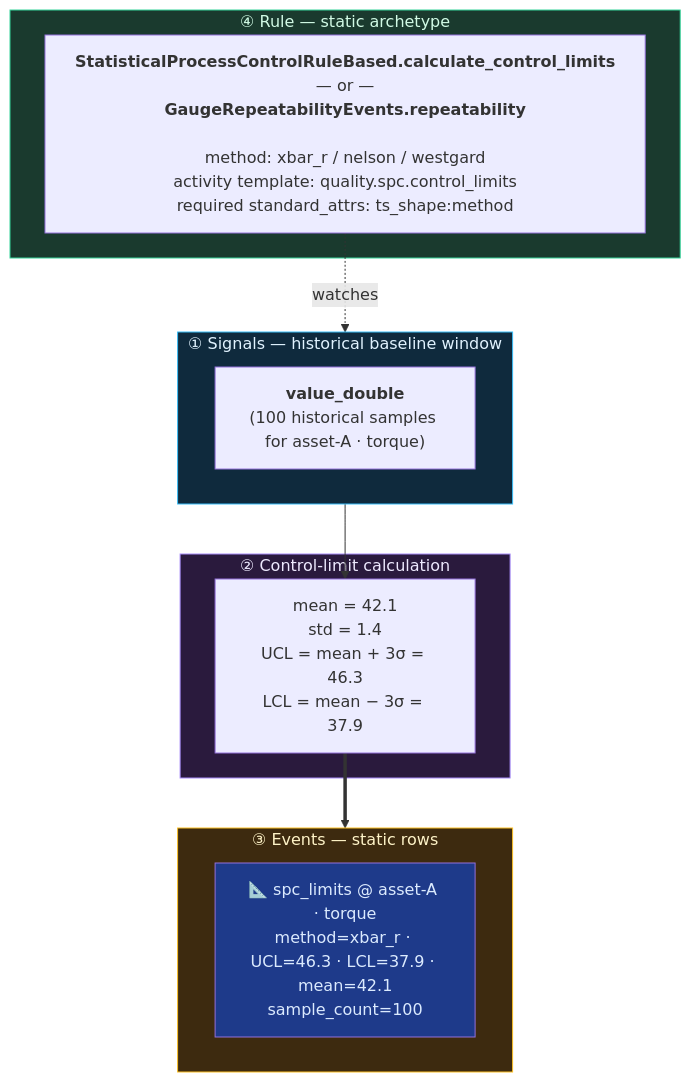
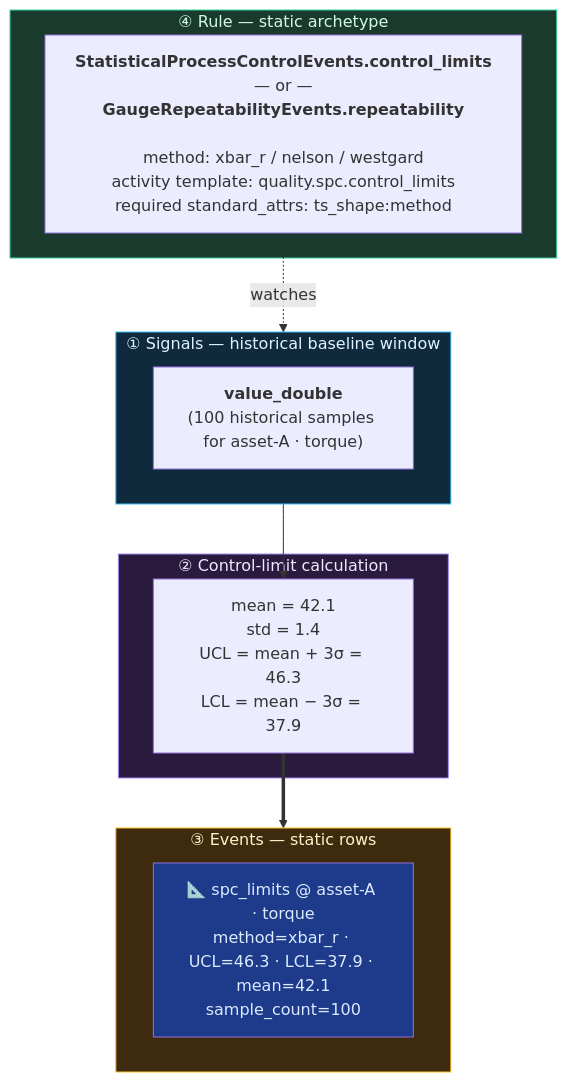
The fourth of 4 diagrams in docs/guides/event-handling-flow.md (ts-shape/ts-shape), drawn with Mermaid before and after one commit. The commit also changed other lines of this file and 136 other files, not shown here.

````diff
--- a/docs/guides/event-handling-flow.md
+++ b/docs/guides/event-handling-flow.md
@@ -170,25 +170,25 @@
 ```mermaid
 flowchart TB
     subgraph SIG["① Signals — historical baseline window"]
         direction LR
         SH["<b>value_double</b><br/>(100 historical samples for asset-A · torque)"]
     end
     subgraph CALC["② Control-limit calculation"]
         C["mean = 42.1<br/>std = 1.4<br/>UCL = mean + 3σ = 46.3<br/>LCL = mean − 3σ = 37.9"]
     end
     subgraph EVT["③ Events — static rows"]
         direction LR
         ES["📐 spc_limits @ asset-A · torque<br/>method=xbar_r · UCL=46.3 · LCL=37.9 · mean=42.1<br/>sample_count=100"]
     end
     subgraph RULE["④ Rule — static archetype"]
-        R["<b>StatisticalProcessControlRuleBased.calculate_control_limits</b><br/>— or —<br/><b>GaugeRepeatabilityEvents.repeatability</b><br/><br/>method: xbar_r / nelson / westgard<br/>activity template: quality.spc.control_limits<br/>required standard_attrs: ts_shape:method"]
+        R["<b>StatisticalProcessControlEvents.control_limits</b><br/>— or —<br/><b>GaugeRepeatabilityEvents.repeatability</b><br/><br/>method: xbar_r / nelson / westgard<br/>activity template: quality.spc.control_limits<br/>required standard_attrs: ts_shape:method"]
     end
     R -.watches.-> SH
     SH --> C
     C ==> ES
     style SIG fill:#0f2a3d,stroke:#38bdf8,color:#e0f2fe
     style CALC fill:#2a1a3d,stroke:#a78bfa,color:#ede9fe
     style EVT fill:#3d2a0f,stroke:#fbbf24,color:#fef3c7
     style RULE fill:#1a3a2e,stroke:#34d399,color:#d1fae5
     style ES fill:#1e3a8a,color:#dbeafe
 ```
````
